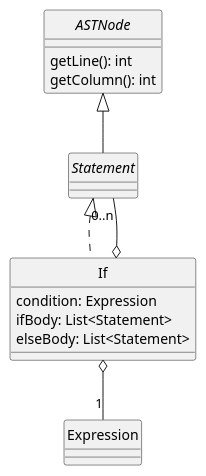
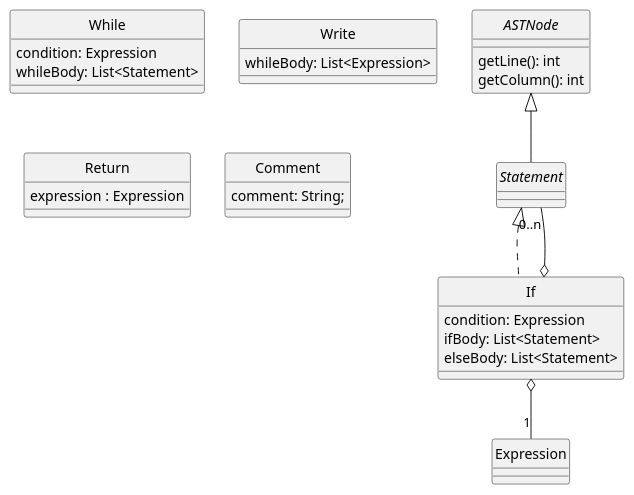
One commit to uo277440/dlp-compiler changed the diagram in docs/diagrams/statements.plantuml. Above: the diagram before and after it, drawn with PlantUML. The commit also changed 1 other file, not shown here.

Commit message:
cambios en diagramas

```diff
--- a/docs/diagrams/statements.plantuml
+++ b/docs/diagrams/statements.plantuml
@@ -1,27 +1,40 @@
 @startuml Statements
 skinparam style strictuml
 skinparam monochrome true
 
 
 interface ASTNode {
     getLine(): int
     getColumn(): int
 }
 
 interface Statement
 
 class If {
     condition: Expression
     ifBody: List<Statement>
     elseBody: List<Statement>
 }
+class While {
+    condition: Expression
+    whileBody: List<Statement>
+}
+class Write {
+    whileBody: List<Expression>
+}
+class Return {
+expression : Expression
+}
+class Comment{
+comment: String;
+}
 
 
 ASTNode <|-- Statement
 Statement <|.. If
 
 If o-- "1" Expression
 If o-- "0..n" Statement
 
 
 @enduml
```
